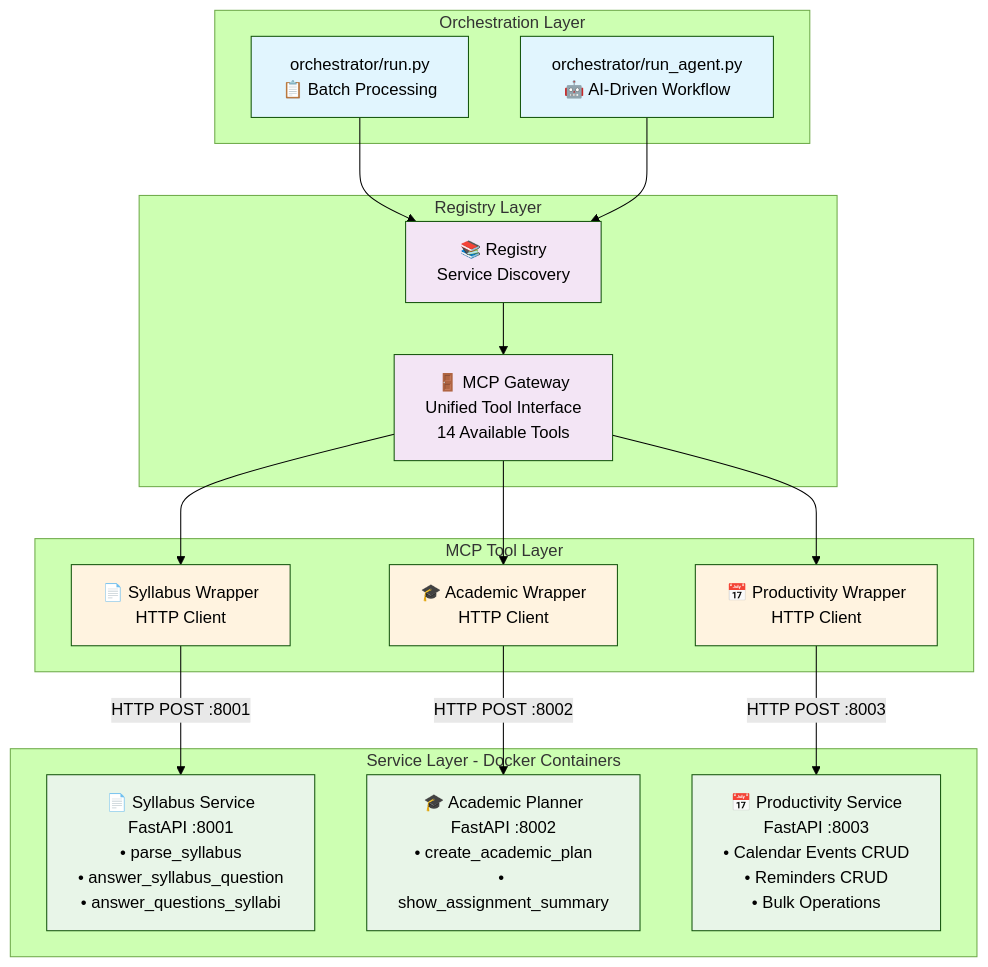
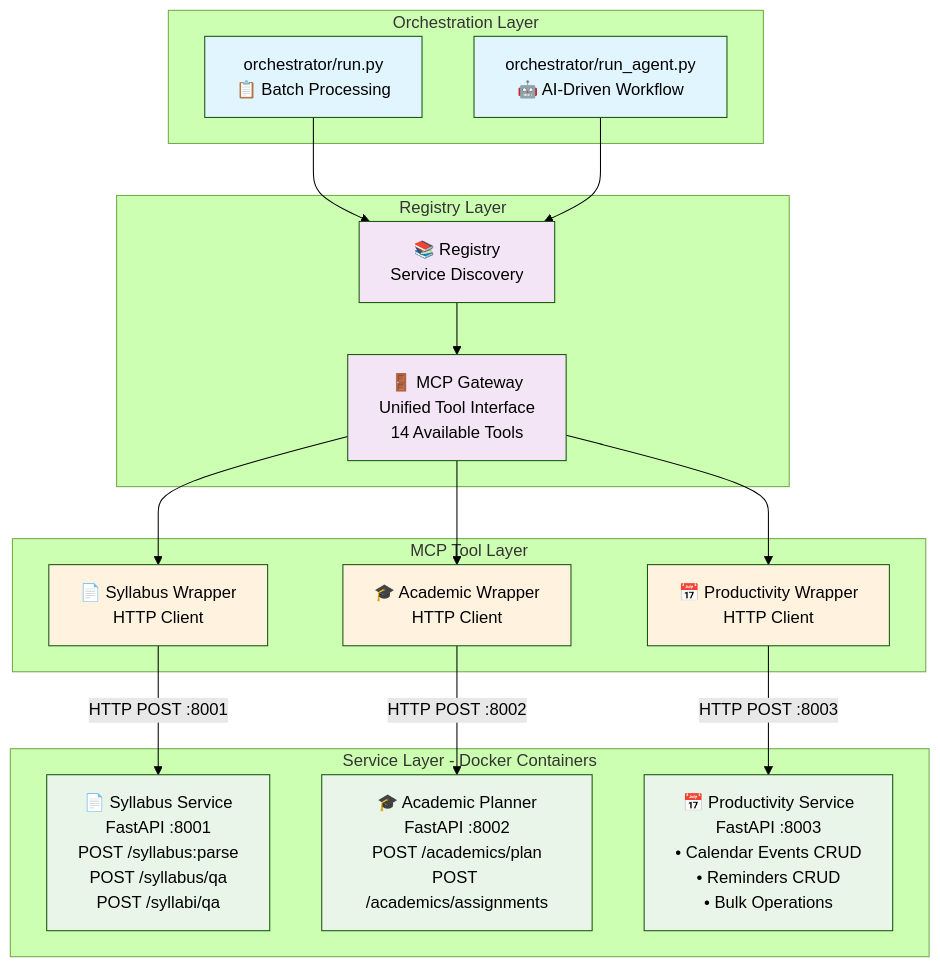
One commit to cmu-able/mcp-syllabus-example changed the diagram in README.md. Above: the diagram before and after it, drawn with Mermaid (forest theme). The commit also changed other lines of this file and 4 other files, not shown here.

````diff
--- a/README.md
+++ b/README.md
@@ -25,44 +25,44 @@
 ```mermaid
 graph TB
     subgraph "Orchestration Layer"
         CLI1["orchestrator/run.py<br/>📋 Batch Processing"]
         CLI2["orchestrator/run_agent.py<br/>🤖 AI-Driven Workflow"]
     end
     
     subgraph "Registry Layer"
         REGISTRY["📚 Registry<br/>Service Discovery"]
         GATEWAY["🚪 MCP Gateway<br/>Unified Tool Interface<br/>14 Available Tools"]
     end
     
     subgraph "MCP Tool Layer" 
         WRAPPER1["📄 Syllabus Wrapper<br/>HTTP Client"]
         WRAPPER2["🎓 Academic Wrapper<br/>HTTP Client"]
         WRAPPER3["📅 Productivity Wrapper<br/>HTTP Client"]
     end
     
     subgraph "Service Layer - Docker Containers"
-        SERVICE1["📄 Syllabus Service<br/>FastAPI :8001<br/>• parse_syllabus<br/>• answer_syllabus_question<br/>• answer_questions_syllabi"]
-        SERVICE2["🎓 Academic Planner<br/>FastAPI :8002<br/>• create_academic_plan<br/>• show_assignment_summary"]
+        SERVICE1["📄 Syllabus Service<br/>FastAPI :8001<br/>POST /syllabus:parse<br/>POST /syllabus/qa<br/>POST /syllabi/qa"]
+        SERVICE2["🎓 Academic Planner<br/>FastAPI :8002<br/>POST /academics/plan<br/>POST /academics/assignments"]
         SERVICE3["📅 Productivity Service<br/>FastAPI :8003<br/>• Calendar Events CRUD<br/>• Reminders CRUD<br/>• Bulk Operations"]
     end
     
     CLI1 --> REGISTRY
     CLI2 --> REGISTRY
     REGISTRY --> GATEWAY
     GATEWAY --> WRAPPER1
     GATEWAY --> WRAPPER2
     GATEWAY --> WRAPPER3
     WRAPPER1 -->|HTTP POST :8001| SERVICE1
     WRAPPER2 -->|HTTP POST :8002| SERVICE2
     WRAPPER3 -->|HTTP POST :8003| SERVICE3
     
     classDef orchestration fill:#e1f5fe
     classDef integration fill:#f3e5f5
     classDef communication fill:#fff3e0
     classDef service fill:#e8f5e8
     
     class CLI1,CLI2 orchestration
     class REGISTRY,GATEWAY integration
     class WRAPPER1,WRAPPER2,WRAPPER3 communication
     class SERVICE1,SERVICE2,SERVICE3 service
 ```
````
